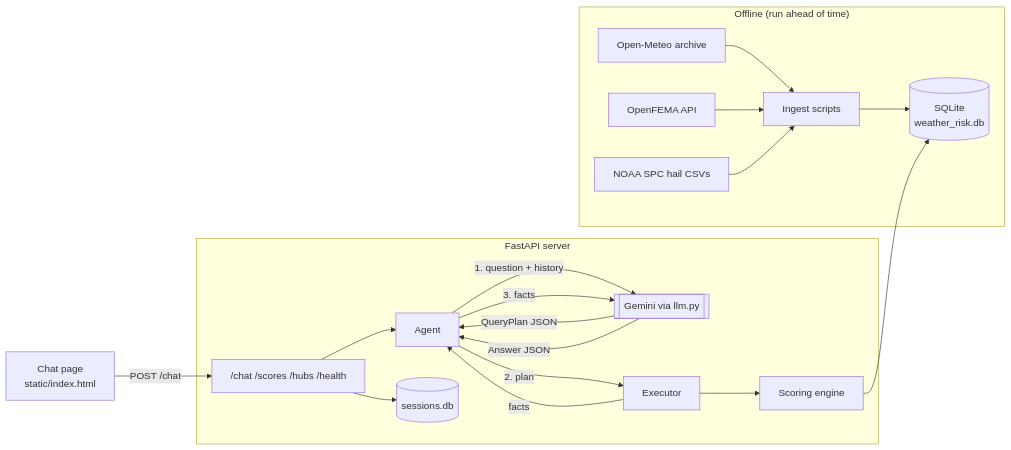
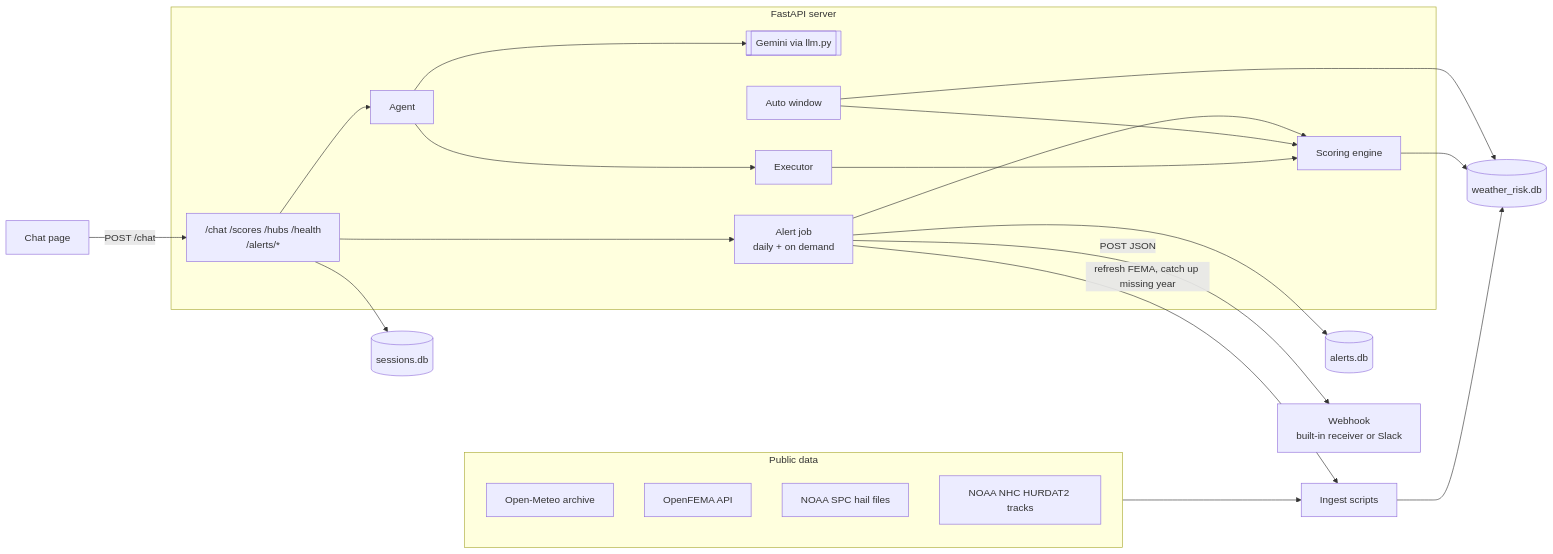
One commit to lavital11/weather-risk-agent changed the diagram in docs/DESIGN.md. Above: the diagram before and after it, drawn with Mermaid. The commit also changed other lines of this file and 9 other files, not shown here.

First line of the commit message:
Docs audit fixes; auto-window catch-up for weather and hail

````diff
--- a/docs/DESIGN.md
+++ b/docs/DESIGN.md
@@ -18,22 +13,26 @@
 ```mermaid
 flowchart LR
-    subgraph Offline["Offline (run ahead of time)"]
-        OM[Open-Meteo archive] --> ING[Ingest scripts]
-        FE[OpenFEMA API] --> ING
-        SPC[NOAA SPC hail CSVs] --> ING
-        ING --> DB[(SQLite<br/>weather_risk.db)]
+    subgraph Sources["Public data"]
+        OM[Open-Meteo archive]
+        FE[OpenFEMA API]
+        SPC[NOAA SPC hail files]
+        NHC[NOAA NHC HURDAT2 tracks]
     end
+    Sources --> ING[Ingest scripts] --> DB[(weather_risk.db)]
     subgraph Server["FastAPI server"]
-        API["/chat /scores /hubs /health"] --> AG[Agent]
-        AG -- "1. question + history" --> LLM[[Gemini via llm.py]]
-        LLM -- "QueryPlan JSON" --> AG
-        AG -- "2. plan" --> EX[Executor]
-        EX --> SC[Scoring engine]
-        SC --> DB
-        EX -- "facts" --> AG
-        AG -- "3. facts" --> LLM
-        LLM -- "Answer JSON" --> AG
-        API --> SS[(sessions.db)]
+        API["/chat /scores /hubs /health<br/>/alerts/*"]
+        AG[Agent] --> LLM[[Gemini via llm.py]]
+        AG --> EX[Executor] --> SC[Scoring engine]
+        WIN[Auto window] --> SC
+        AL[Alert job<br/>daily + on demand] --> SC
+        API --> AG
+        API --> AL
     end
-    UI[Chat page<br/>static/index.html] -- "POST /chat" --> API
+    SC --> DB
+    WIN --> DB
+    AL -- "refresh FEMA, catch up missing year" --> ING
+    AL --> ADB[(alerts.db)]
+    AL -- "POST JSON" --> WH[Webhook<br/>built-in receiver or Slack]
+    API --> SDB[(sessions.db)]
+    UI[Chat page] -- "POST /chat" --> API
 ```
````
